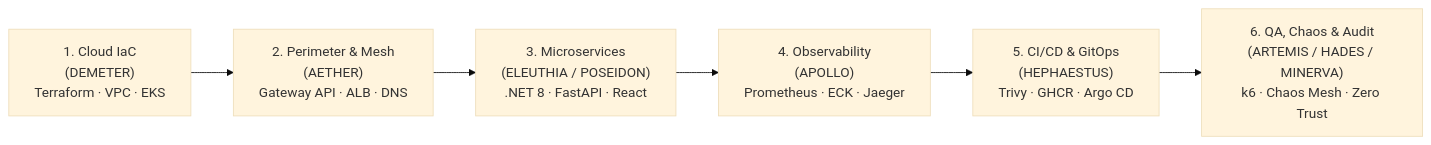
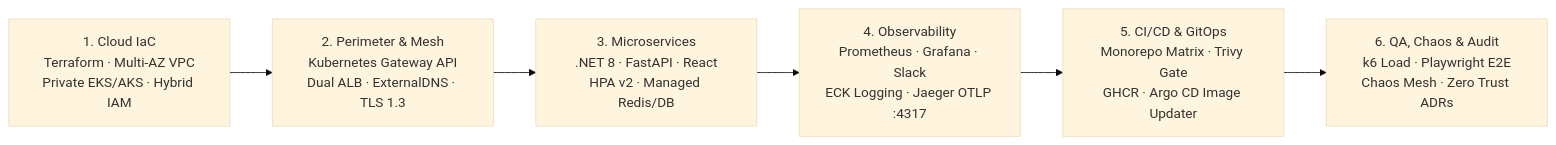
One commit to l3onkers/cloud-architecture-blueprints changed the diagram in README.md. Above: the diagram before and after it, drawn with Mermaid (base theme). The commit also changed other lines of this file and 314 other files, not shown here.

````diff
--- a/README.md
+++ b/README.md
@@ -53,8 +49,8 @@
 ```mermaid
 flowchart LR
-    L1["1. Cloud IaC<br/>(DEMETER)<br/>Terraform · VPC · EKS"] --> L2["2. Perimeter & Mesh<br/>(AETHER)<br/>Gateway API · ALB · DNS"]
-    L2 --> L3["3. Microservices<br/>(ELEUTHIA / POSEIDON)<br/>.NET 8 · FastAPI · React"]
-    L3 --> L4["4. Observability<br/>(APOLLO)<br/>Prometheus · ECK · Jaeger"]
-    L4 --> L5["5. CI/CD & GitOps<br/>(HEPHAESTUS)<br/>Trivy · GHCR · Argo CD"]
-    L5 --> L6["6. QA, Chaos & Audit<br/>(ARTEMIS / HADES / MINERVA)<br/>k6 · Chaos Mesh · Zero Trust"]
+    L1["1. Cloud IaC<br/>Terraform · Multi-AZ VPC<br/>Private EKS/AKS · Hybrid IAM"] --> L2["2. Perimeter & Mesh<br/>Kubernetes Gateway API<br/>Dual ALB · ExternalDNS · TLS 1.3"]
+    L2 --> L3["3. Microservices<br/>.NET 8 · FastAPI · React<br/>HPA v2 · Managed Redis/DB"]
+    L3 --> L4["4. Observability<br/>Prometheus · Grafana · Slack<br/>ECK Logging · Jaeger OTLP :4317"]
+    L4 --> L5["5. CI/CD & GitOps<br/>Monorepo Matrix · Trivy Gate<br/>GHCR · Argo CD Image Updater"]
+    L5 --> L6["6. QA, Chaos & Audit<br/>k6 Load · Playwright E2E<br/>Chaos Mesh · Zero Trust ADRs"]
 ```
````
